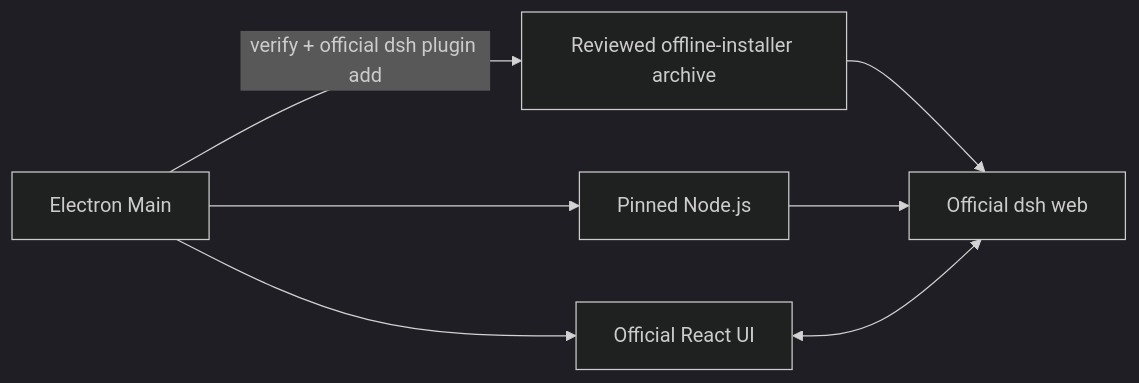
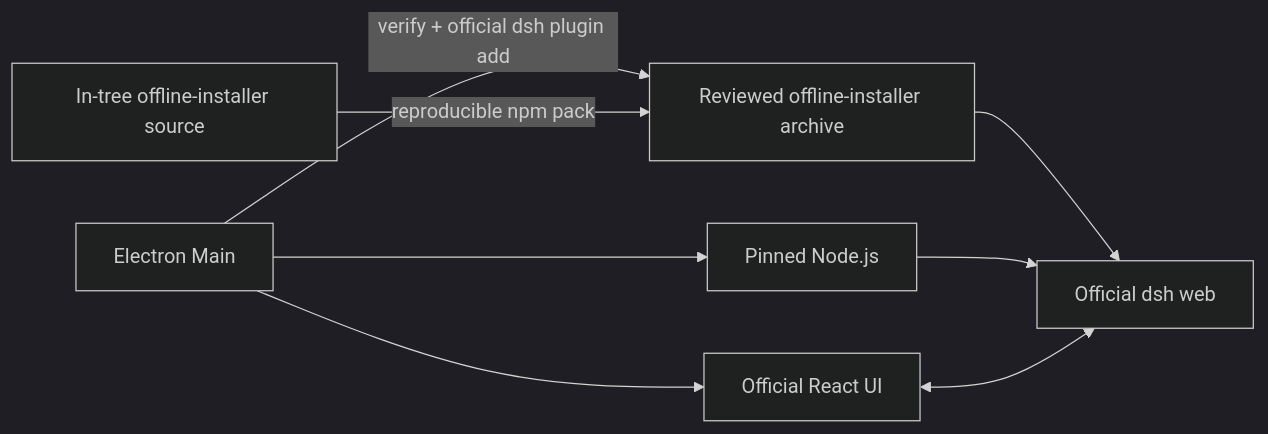
The diagram in docs/architecture.md (changyinliangbaikai/dsh-desktop), drawn with Mermaid (dark theme) before and after one commit. The commit also changed other lines of this file and 69 other files, not shown here.

Commit message:
feat: bring offline installer into Desktop

```diff
--- a/docs/architecture.md
+++ b/docs/architecture.md
@@ -5,14 +5,16 @@
 ~~~mermaid
 flowchart LR
   Main["Electron Main"]
   Runtime["Pinned Node.js"]
   DSH["Official dsh web"]
+  PluginSource["In-tree offline-installer source"]
   Seed["Reviewed offline-installer archive"]
   UI["Official React UI"]
   Main --> Runtime
   Main -->|verify + official dsh plugin add| Seed
+  PluginSource -->|reproducible npm pack| Seed
   Seed --> DSH
   Runtime --> DSH
   Main --> UI
   UI <--> DSH
 ~~~
```
